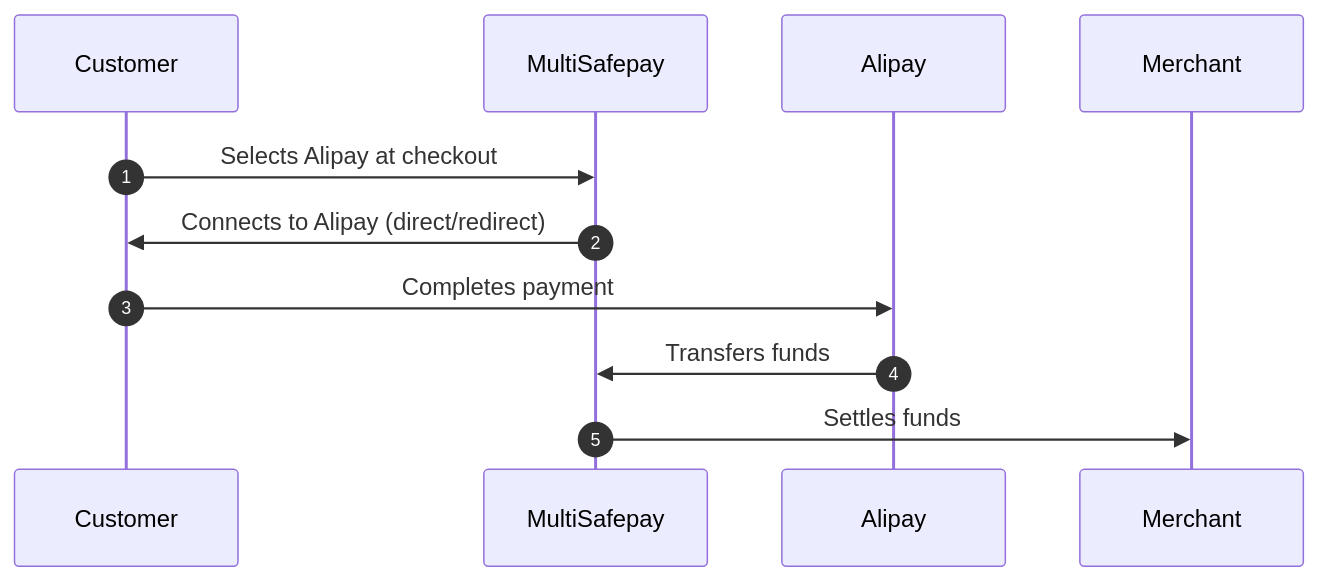
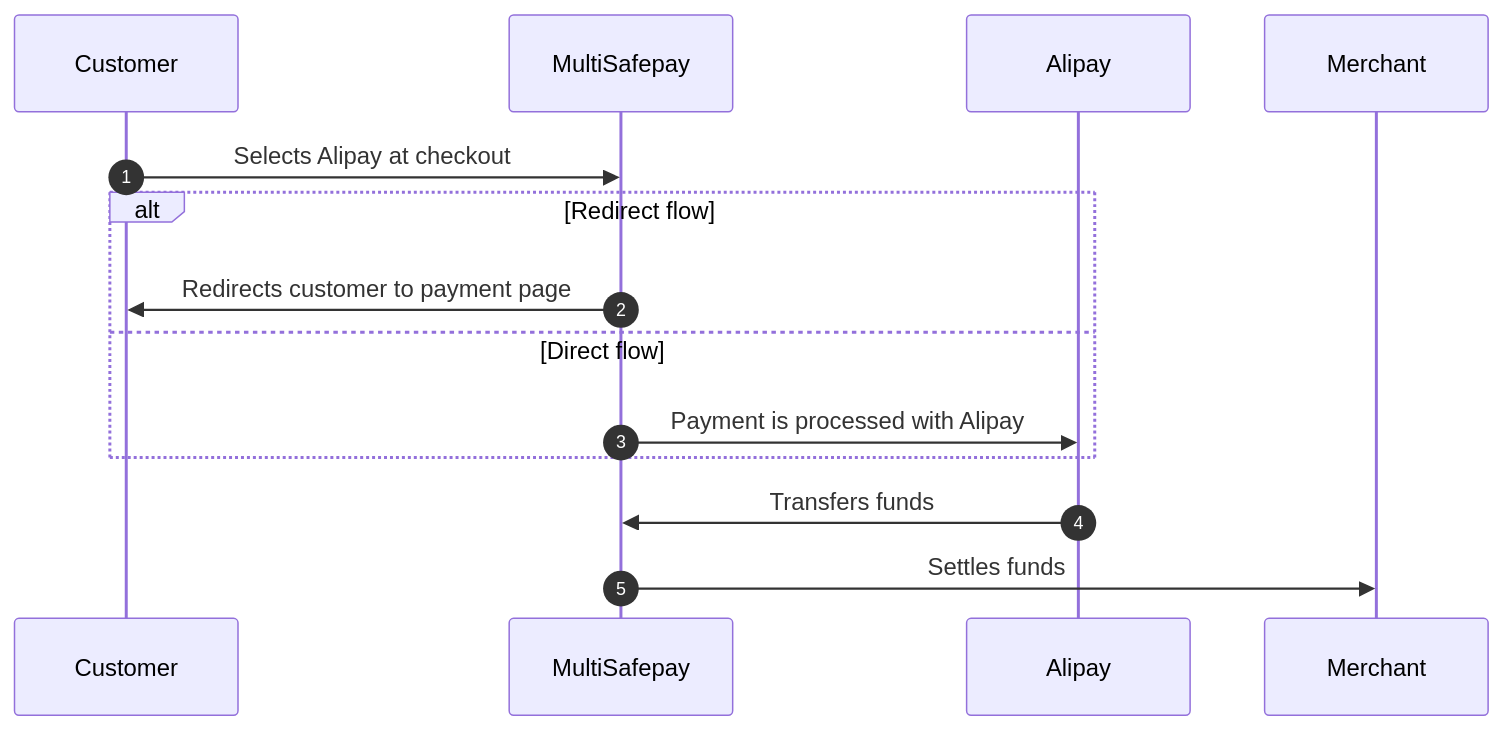
One commit to MultiSafepay/docs changed the diagram in content/payments/methods/wallet/alipay/payment-flow.md. Above: the diagram before and after it, drawn with Mermaid. The commit also changed other lines of this file and 34 other files, not shown here.

```diff
--- a/content/payments/methods/wallet/alipay/payment-flow.md
+++ b/content/payments/methods/wallet/alipay/payment-flow.md
@@ -16,16 +16,19 @@
 {{< mermaid class="text-center" >}}
 
 sequenceDiagram
     autonumber
     participant C as Customer
     participant Mu as MultiSafepay
     participant A as Alipay
     participant Me as Merchant
 
     C->>Mu: Selects Alipay at checkout
-    Mu->>C: Connects to Alipay (direct/redirect)
-    C->>A: Completes payment
+    alt Redirect flow
+    Mu->>C: Redirects customer to payment page
+    else Direct flow
+    Mu->>A: Payment is processed with Alipay
+    end
     A->>Mu: Transfers funds 
     Mu->>Me: Settles funds
 
 {{< /mermaid >}}
```
